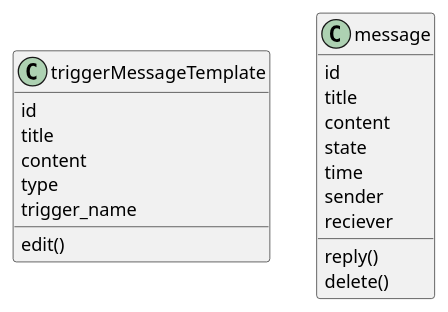
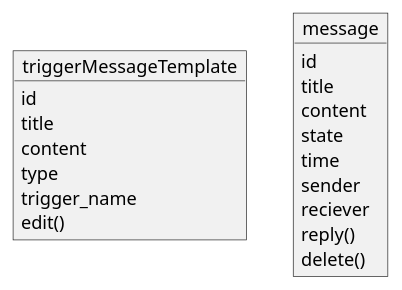
One commit to alwxkxk/akoa changed the diagram in doc/消息系统的设计.md. Above: the diagram before and after it, drawn with PlantUML. The commit also changed 8 other files, not shown here.

````diff
--- a/doc/消息系统的设计.md
+++ b/doc/消息系统的设计.md
@@ -6,24 +6,24 @@
 ```puml
-class triggerMessageTemplate{
+object triggerMessageTemplate{
   id
   title
   content
   type
   trigger_name
   edit()
 }
 
-class message{
+object message{
   id
   title
   content
   state
   time
   sender
   reciever
   reply()
   delete()
 }
 
 
 ```
````
